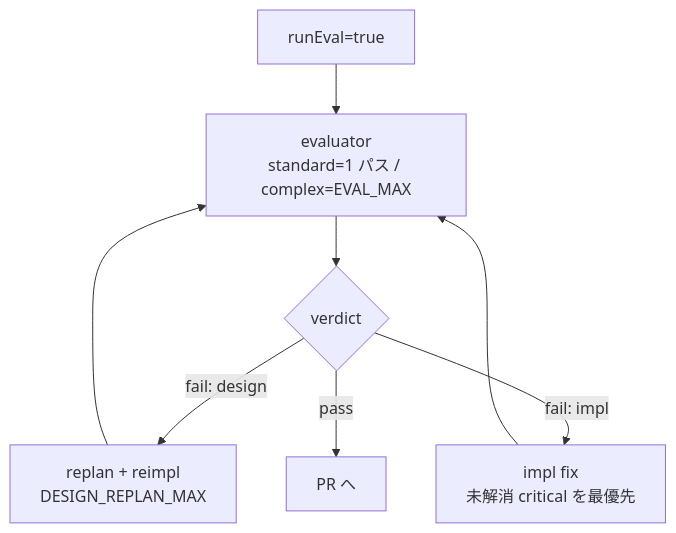
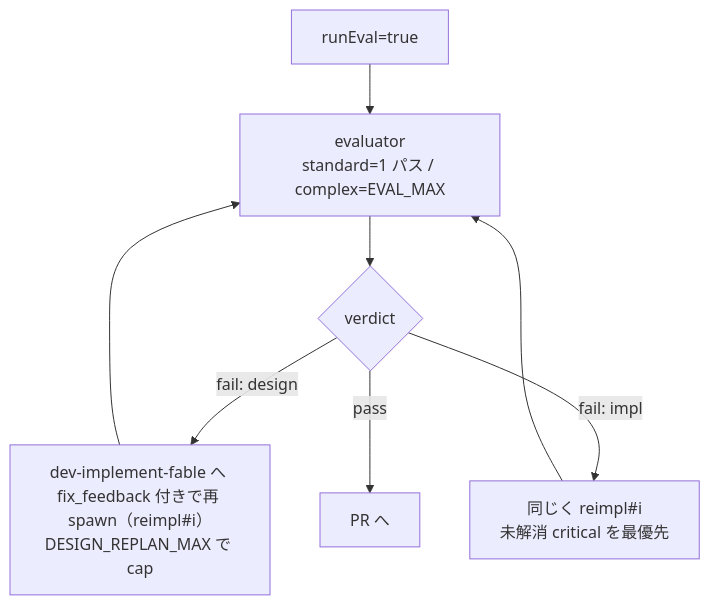
The eighth of 14 diagrams in docs/dev-flow-atlas.md (it-all-playpark/skills), drawn with Mermaid before and after one commit. The commit also changed other lines of this file and 114 other files, not shown here.

````diff
--- a/docs/dev-flow-atlas.md
+++ b/docs/dev-flow-atlas.md
@@ -194,10 +185,10 @@
 ```mermaid
 flowchart TD
     IN["runEval=true"] --> E1["evaluator<br/>standard=1 パス / complex=EVAL_MAX"]
     E1 --> E2{"verdict"}
-    E2 -->|"fail: design"| E3["replan + reimpl<br/>DESIGN_REPLAN_MAX"]
+    E2 -->|"fail: design"| E3["dev-implement-fable へ fix_feedback 付きで再 spawn（reimpl#i）<br/>DESIGN_REPLAN_MAX で cap"]
     E3 --> E1
-    E2 -->|"fail: impl"| E4["impl fix<br/>未解消 critical を最優先"]
+    E2 -->|"fail: impl"| E4["同じく reimpl#i<br/>未解消 critical を最優先"]
     E4 --> E1
     E2 -->|pass| OUT["PR へ"]
 ```
````
